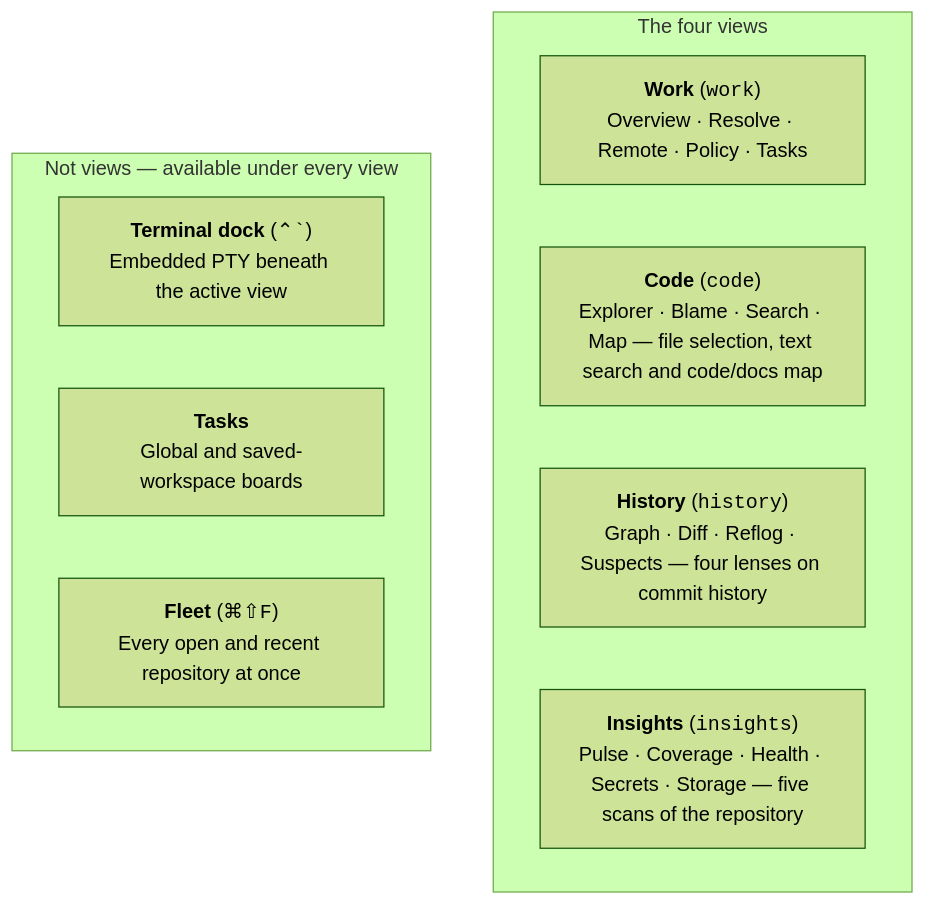
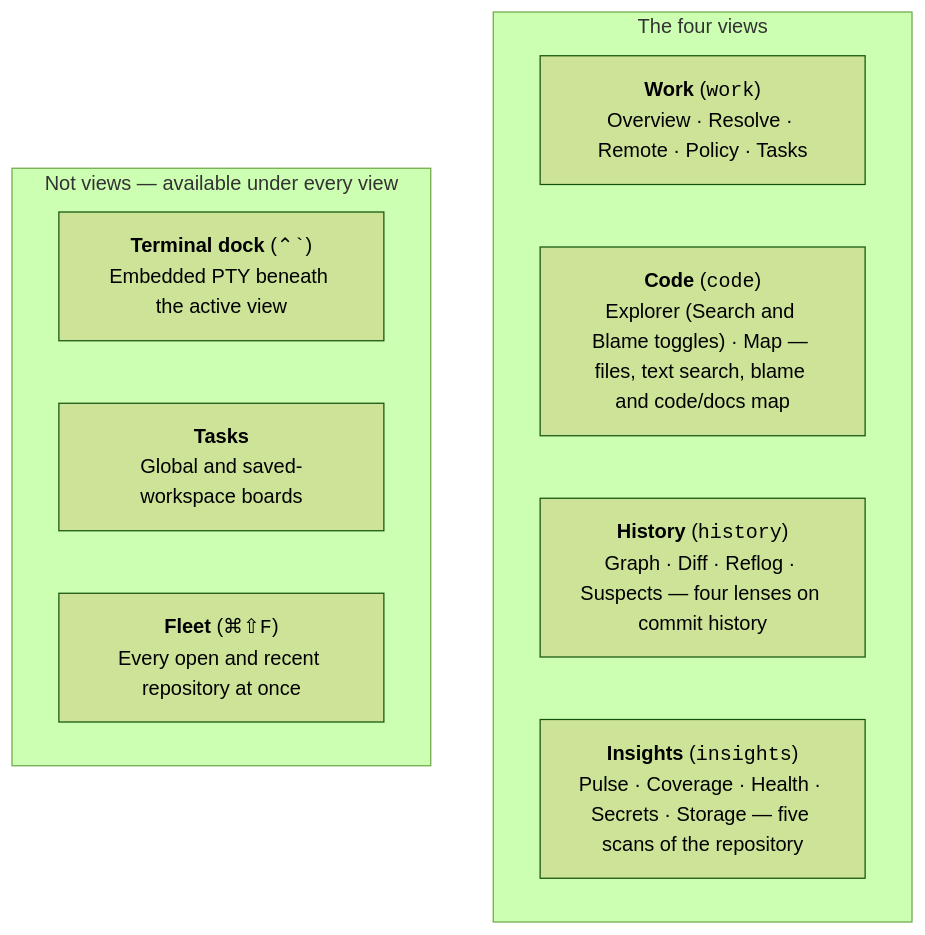
The first of 4 diagrams in docs/FEATURES.md (bharathvbcr/GitPulse), drawn with Mermaid (forest theme) before and after one commit. The commit also changed other lines of this file and 24 other files, not shown here.

First line of the commit message:
feat(code): Search and Blame become toggles inside Explorer

````diff
--- a/docs/FEATURES.md
+++ b/docs/FEATURES.md
@@ -50,15 +50,15 @@
 ```mermaid
 flowchart TD
     subgraph ViewGroup["The four views"]
         Work["<b>Work</b> (<code>work</code>)<br/>Overview · Resolve · Remote · Policy · Tasks"]
-        Code["<b>Code</b> (<code>code</code>)<br/>Explorer · Blame · Search · Map — file selection, text search and code/docs map"]
+        Code["<b>Code</b> (<code>code</code>)<br/>Explorer (Search and Blame toggles) · Map — files, text search, blame and code/docs map"]
         History["<b>History</b> (<code>history</code>)<br/>Graph · Diff · Reflog · Suspects — four lenses on commit history"]
         Insights["<b>Insights</b> (<code>insights</code>)<br/>Pulse · Coverage · Health · Secrets · Storage — five scans of the repository"]
     end
 
     subgraph NotViews["Not views — available under every view"]
         Terminal["<b>Terminal dock</b> (<code>⌃`</code>)<br/>Embedded PTY beneath the active view"]
         Tasks["<b>Tasks</b><br/>Global and saved-workspace boards"]
         Fleet["<b>Fleet</b> (<code>⌘⇧F</code>)<br/>Every open and recent repository at once"]
     end
 ```
````
